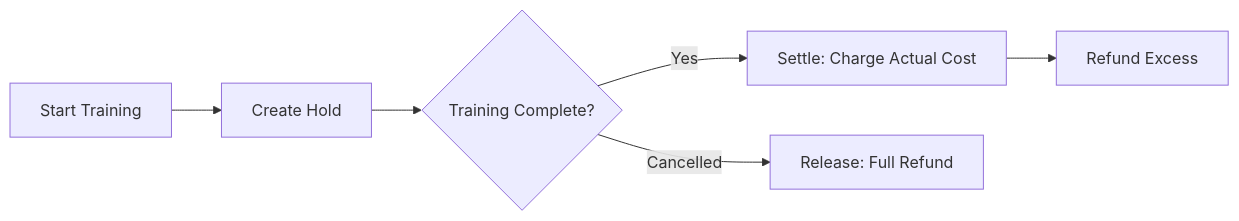
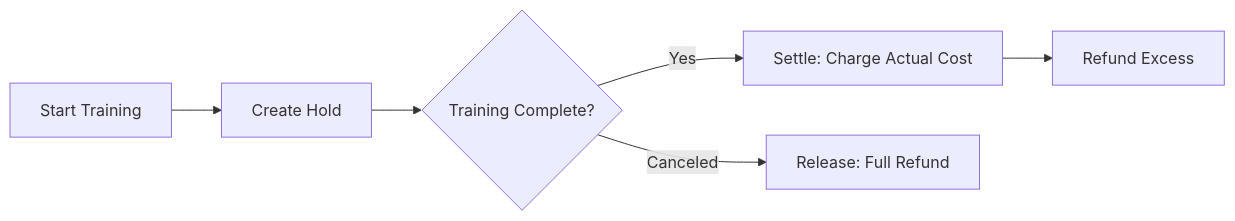
One commit to Dadalia1917/Yolo-RT-DETR-TrainCode changed the diagram in docs/en/platform/account/billing.md. Above: the diagram before and after it, drawn with Mermaid. The commit also changed other lines of this file and 117 other files, not shown here.

````diff
--- a/docs/en/platform/account/billing.md
+++ b/docs/en/platform/account/billing.md
@@ -137,8 +148,8 @@
 ```mermaid
 flowchart LR
     A[Start Training] --> B[Create Hold]
     B --> C{Training Complete?}
     C -->|Yes| D[Settle: Charge Actual Cost]
-    C -->|Cancelled| E[Release: Full Refund]
+    C -->|Canceled| E[Release: Full Refund]
     D --> F[Refund Excess]
 ```
````
